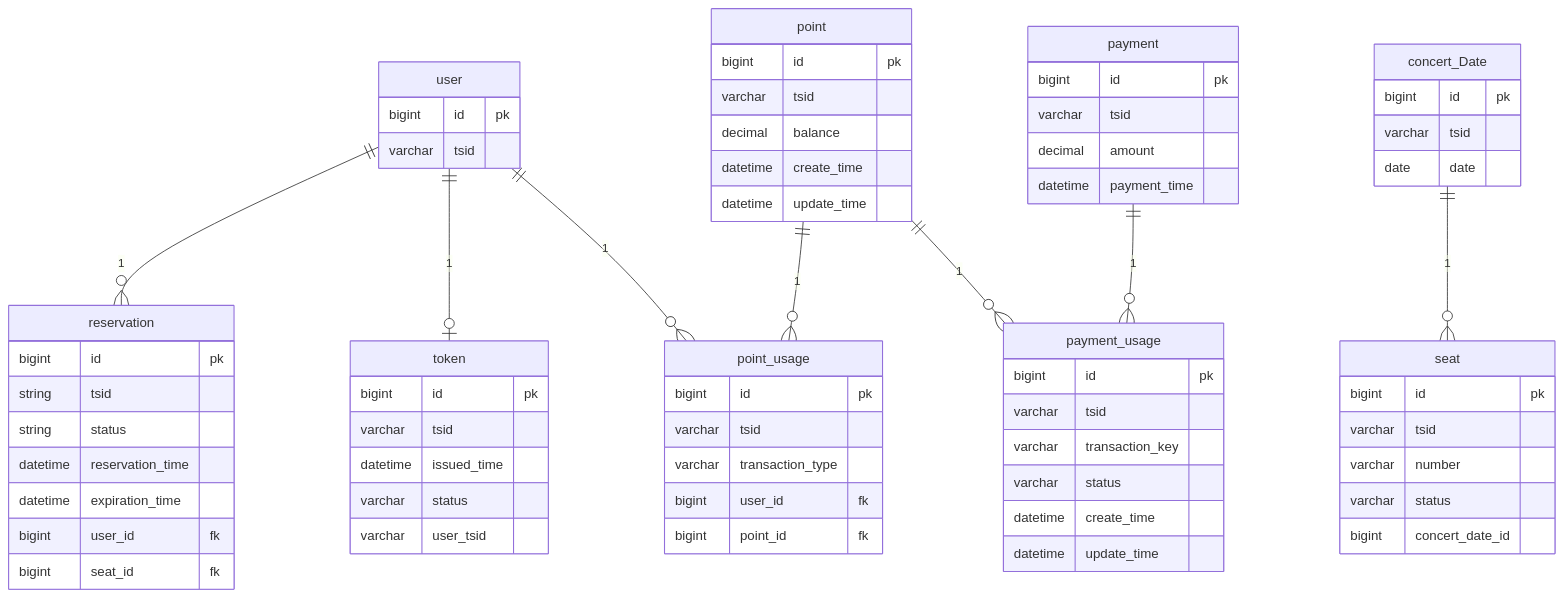
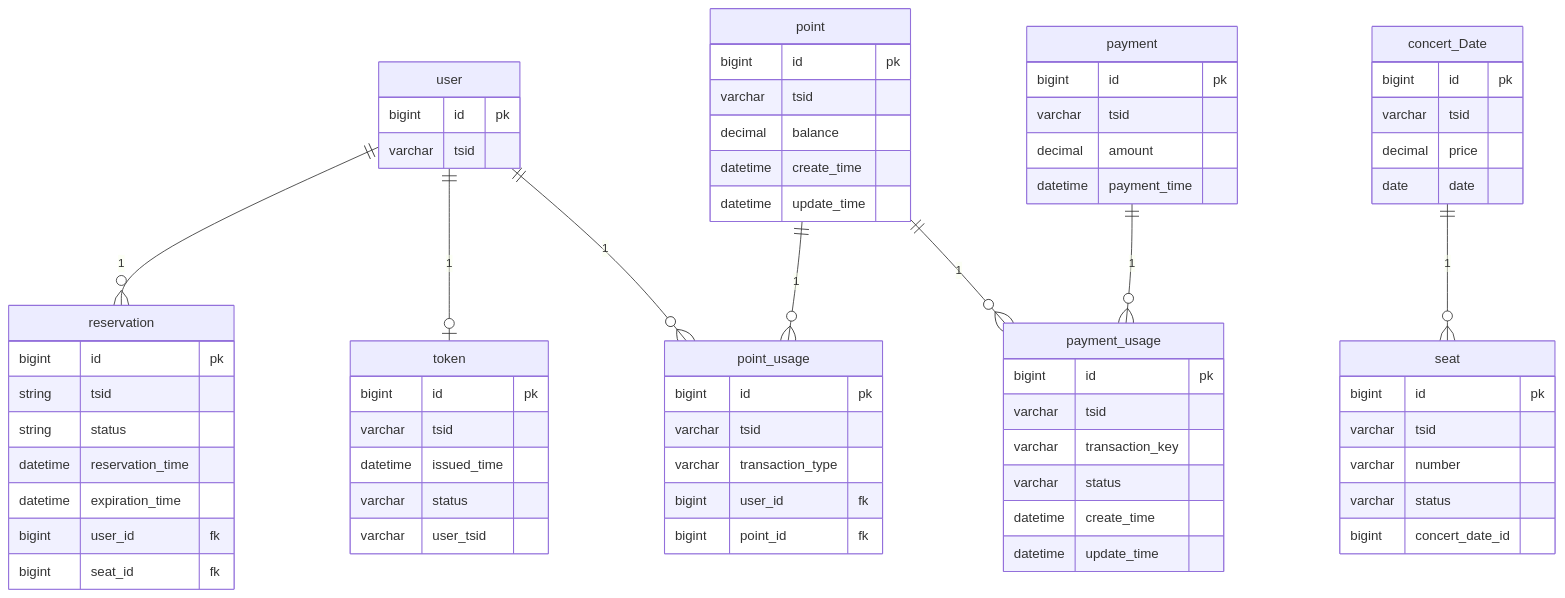
The fourth of 4 diagrams in README.MD (wanniDev/ticket), drawn with Mermaid before and after one commit. The commit also changed 11 other files, not shown here.

````diff
--- a/README.MD
+++ b/README.MD
@@ -375,75 +375,76 @@
 ```mermaid
 erDiagram
     user {
         bigint id pk
         varchar tsid
     }
     point {
       bigint id pk
       varchar tsid
       decimal balance
       datetime create_time
       datetime update_time
     }
     point_usage {
       bigint id pk
       varchar tsid
       varchar transaction_type
       bigint user_id fk
       bigint point_id fk
     }
     token {
         bigint id pk
         varchar tsid
         datetime issued_time
         varchar status
         varchar user_tsid
     }
     concert_Date {
         bigint id pk
         varchar tsid
+        decimal price
         date date
     }
     
     seat { 
         bigint id pk
         varchar tsid
         varchar number
         varchar status
         bigint concert_date_id
     }
 
     reservation {
         bigint id pk
         string tsid
         string status
         datetime reservation_time
         datetime expiration_time
         bigint user_id fk
         bigint seat_id fk
     }
     
     payment {
         bigint id pk
         varchar tsid
         decimal amount
         datetime payment_time
     }
     
     payment_usage {
         bigint id pk
         varchar tsid
         varchar transaction_key
         varchar status
         datetime create_time
         datetime update_time
     }
     
+    concert_Date ||--o{ seat : "1"
     point ||--o{ payment_usage : "1"
     payment ||--o{ payment_usage : "1"
     point ||--o{ point_usage : "1"
     user ||--o{ point_usage : "1"
     user ||--o| token : "1"
     user ||--o{ reservation : "1"
-    concert_Date ||--o{ seat : "1"
 ```
````
